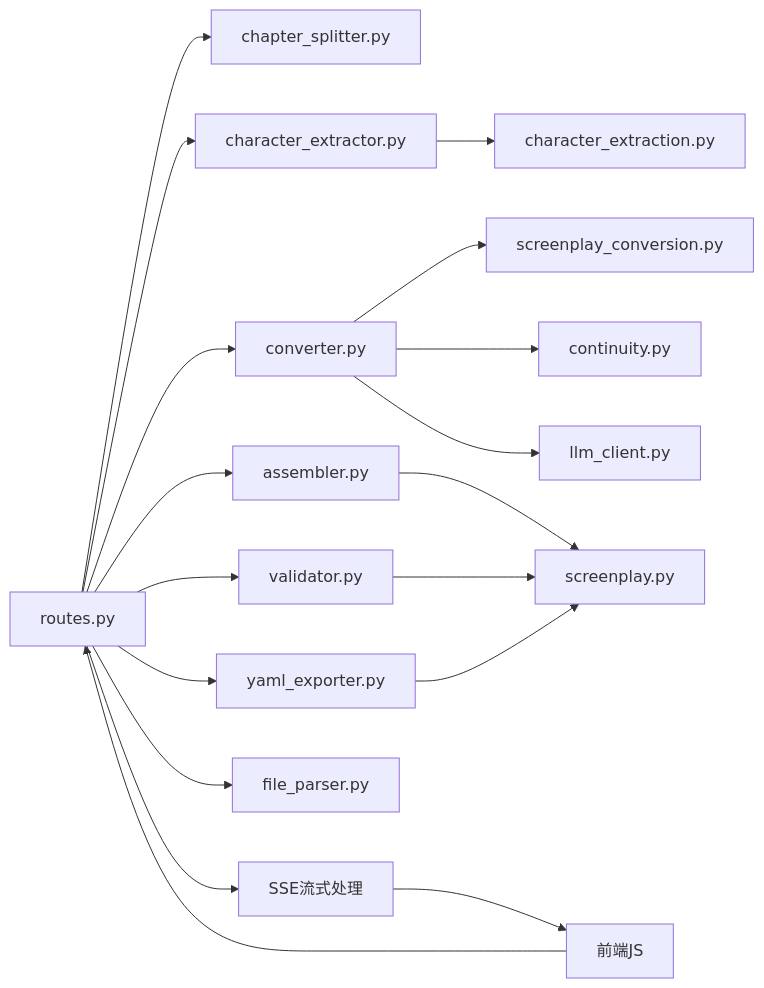
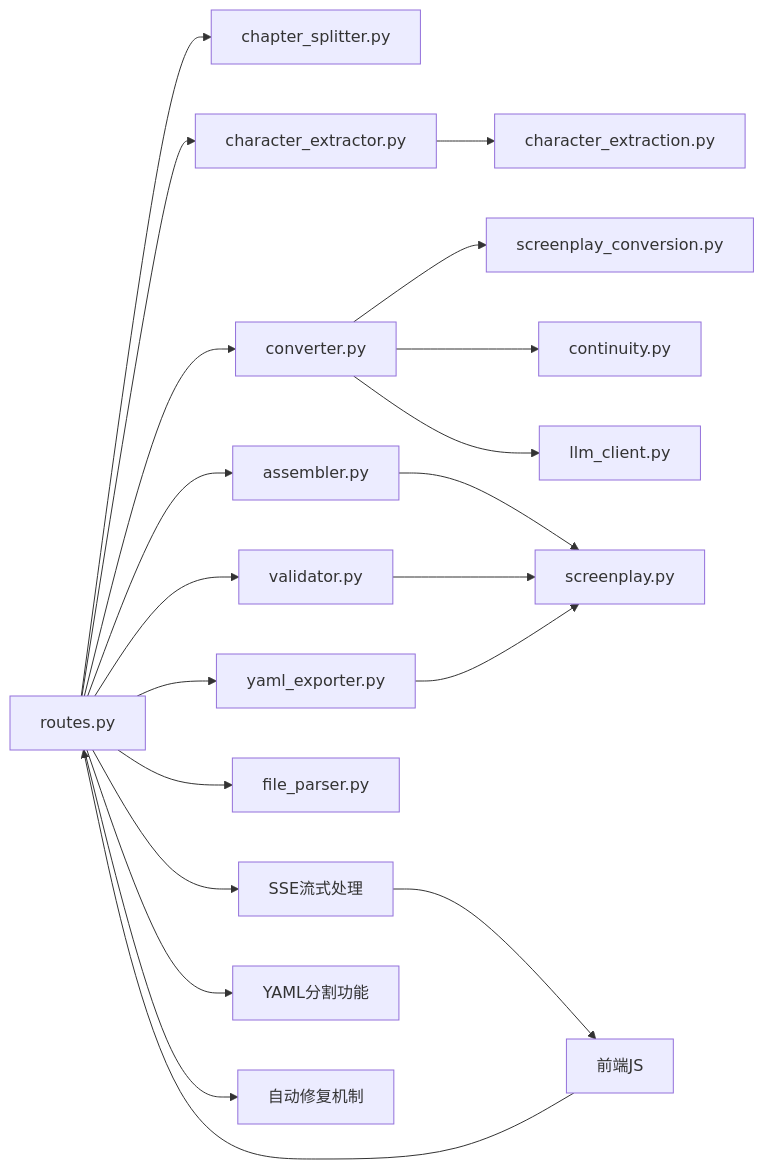
The sixth of 6 diagrams in .qoder/repowiki/zh/content/核心服务模块/转换引擎.md (tjujingzong/Novel-to-Screenplay), drawn with Mermaid before and after one commit. The commit also changed other lines of this file and 10 other files, not shown here.

````diff
--- a/.qoder/repowiki/zh/content/核心服务模块/转换引擎.md
+++ b/.qoder/repowiki/zh/content/核心服务模块/转换引擎.md
@@ -380,20 +422,22 @@
 ```mermaid
 graph LR
 Routes["routes.py"] --> Split["chapter_splitter.py"]
 Routes --> Char["character_extractor.py"]
 Routes --> Conv["converter.py"]
 Routes --> Assem["assembler.py"]
 Routes --> Valid["validator.py"]
 Routes --> Yaml["yaml_exporter.py"]
 Routes --> Parser["file_parser.py"]
 Conv --> Prom1["screenplay_conversion.py"]
 Conv --> Prom2["continuity.py"]
 Char --> Prom3["character_extraction.py"]
 Conv --> LLM["llm_client.py"]
 Assem --> Model["screenplay.py"]
 Valid --> Model
 Yaml --> Model
 Routes --> SSE["SSE流式处理"]
+Routes --> YAML_SPLIT["YAML分割功能"]
+Routes --> AUTO_FIX["自动修复机制"]
 SSE --> Front["前端JS"]
 Front --> Routes
 ```
````
